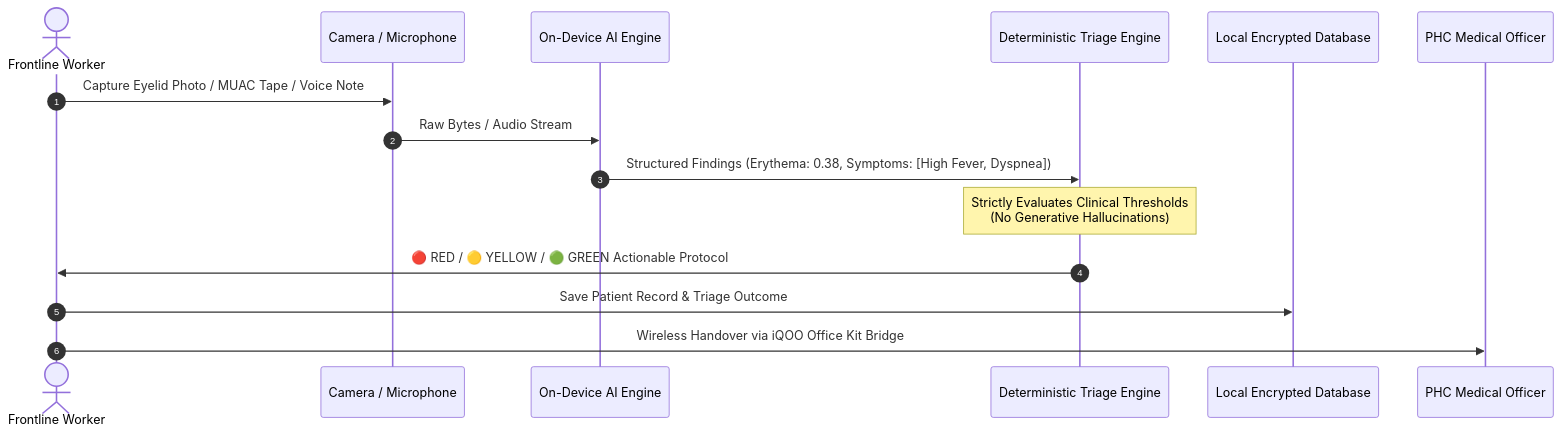
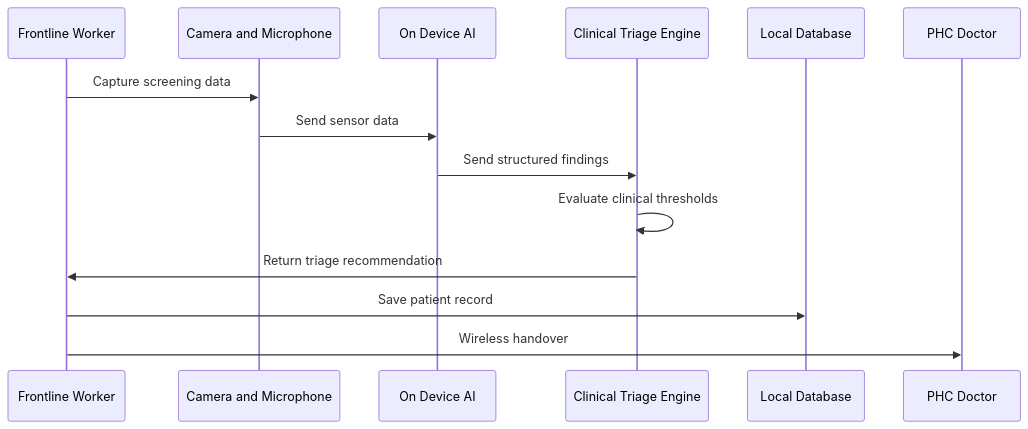
Before and after one commit to SarthakNC/Nidan-AI---IQOO-INDIA-HACKATHON-IDEA-SUBMISSION: the fourth of 4 diagrams in README.md, drawn with Mermaid. The commit also changed other lines of this file, not shown here.

````diff
--- a/README.md
+++ b/README.md
@@ -283,18 +297,17 @@
 ```mermaid
 sequenceDiagram
-    autonumber
-    actor ASHA as Frontline Worker
-    participant CamMic as Camera / Microphone
-    participant AI as On-Device AI Engine
-    participant Gatekeeper as Deterministic Triage Engine
-    participant DB as Local Encrypted Database
-    participant Doctor as PHC Medical Officer
+    participant ASHA as Frontline Worker
+    participant SENSOR as Camera and Microphone
+    participant AI as On Device AI
+    participant TRIAGE as Clinical Triage Engine
+    participant DB as Local Database
+    participant DOCTOR as PHC Doctor
 
-    ASHA->>CamMic: Capture Eyelid Photo / MUAC Tape / Voice Note
-    CamMic->>AI: Raw Bytes / Audio Stream
-    AI->>Gatekeeper: Structured Findings (Erythema: 0.38, Symptoms: [High Fever, Dyspnea])
-    Note over Gatekeeper: Strictly Evaluates Clinical Thresholds<br/>(No Generative Hallucinations)
-    Gatekeeper->>ASHA: 🔴 RED / 🟡 YELLOW / 🟢 GREEN Actionable Protocol
-    ASHA->>DB: Save Patient Record & Triage Outcome
-    ASHA->>Doctor: Wireless Handover via iQOO Office Kit Bridge
+    ASHA->>SENSOR: Capture screening data
+    SENSOR->>AI: Send sensor data
+    AI->>TRIAGE: Send structured findings
+    TRIAGE->>TRIAGE: Evaluate clinical thresholds
+    TRIAGE->>ASHA: Return triage recommendation
+    ASHA->>DB: Save patient record
+    ASHA->>DOCTOR: Wireless handover
 ```
````
